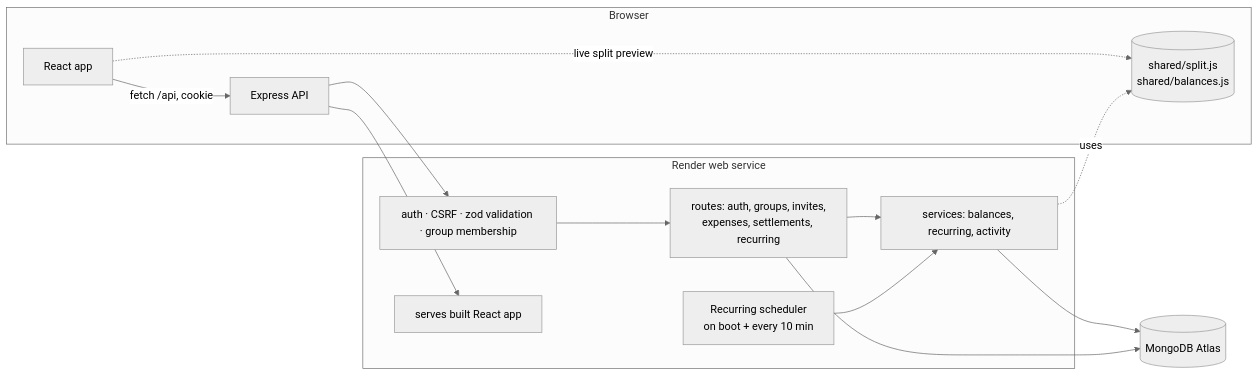
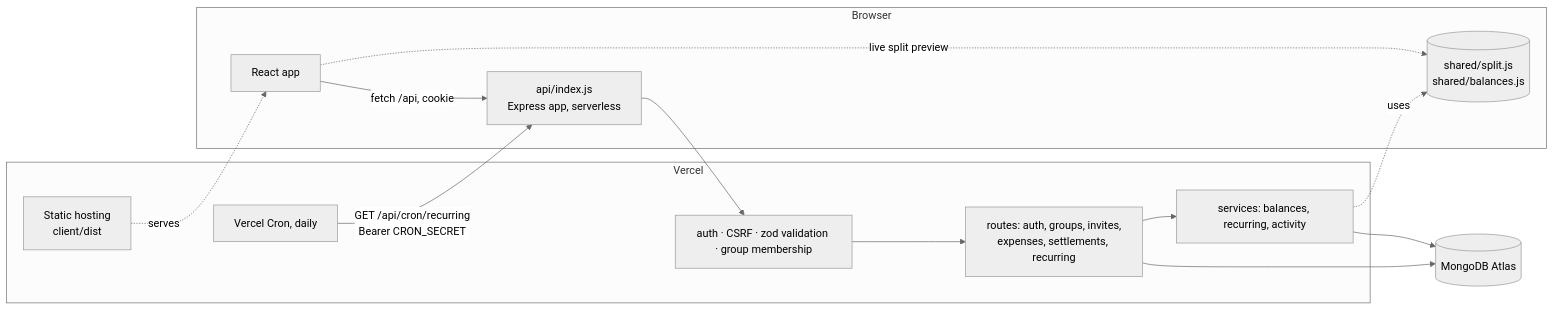
Before and after one commit to sanjyotbodhe/hisaab: the diagram in README.md, drawn with Mermaid (neutral theme). The commit also changed other lines of this file and 1 other file, not shown here.

Commit message:
Update README and env example for Vercel deployment

````diff
--- a/README.md
+++ b/README.md
@@ -47,17 +48,17 @@
 ```mermaid
 flowchart LR
   subgraph Browser
     UI[React app] -->|fetch /api, cookie| API
     UI -. live split preview .-> SH[(shared/split.js<br/>shared/balances.js)]
   end
-  subgraph Render web service
-    API[Express API] --> MW[auth · CSRF · zod validation · group membership]
+  subgraph Vercel
+    CDN[Static hosting<br/>client/dist] -.serves.-> UI
+    API[api/index.js<br/>Express app, serverless] --> MW[auth · CSRF · zod validation · group membership]
     MW --> R[routes: auth, groups, invites,<br/>expenses, settlements, recurring]
     R --> S[services: balances, recurring, activity]
     S -.uses.-> SH
-    JOB[Recurring scheduler<br/>on boot + every 10 min] --> S
-    API --> STATIC[serves built React app]
+    CRON[Vercel Cron, daily] -->|GET /api/cron/recurring<br/>Bearer CRON_SECRET| API
   end
   S --> DB[(MongoDB Atlas)]
   R --> DB
 ```
````
